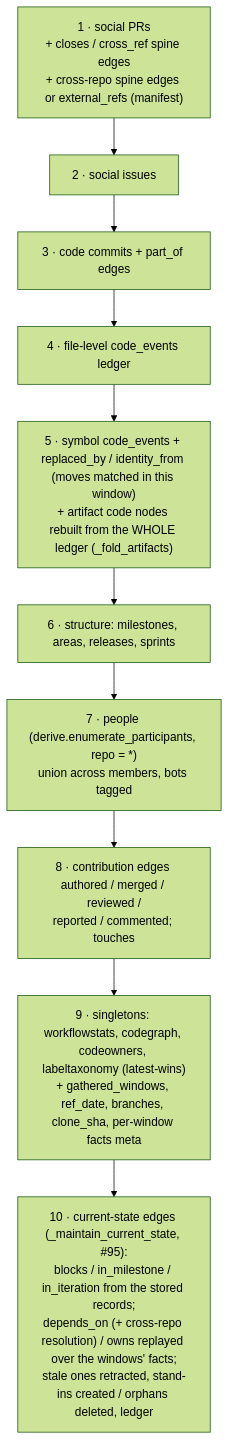
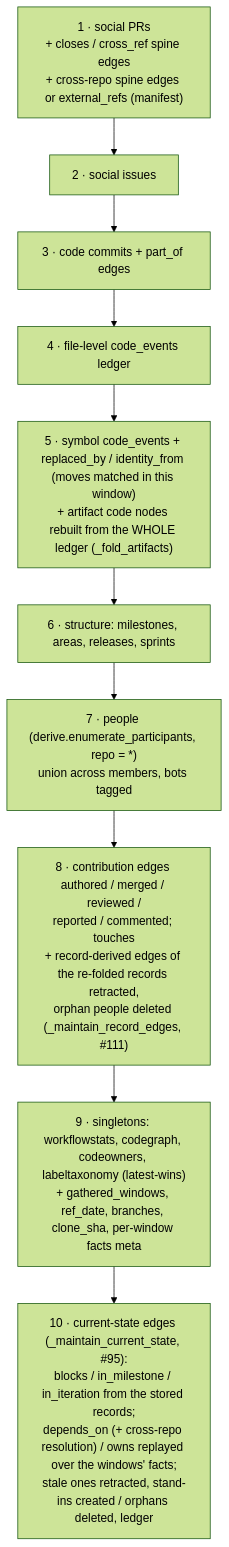
Before and after one commit to DamianFlynn/experiments: the fourth of 12 diagrams in .claude/skills/activity-overview/docs/LLD.md, drawn with Mermaid (forest theme). The commit also changed other lines of this file and 16 other files, not shown here.

First line of the commit message:
activity-overview: record-derived edges follow their record; normalised reader bounds

````diff
--- a/.claude/skills/activity-overview/docs/LLD.md
+++ b/.claude/skills/activity-overview/docs/LLD.md
@@ -539,14 +539,14 @@
 ```mermaid
 flowchart TB
   s1["1 · social PRs<br/>+ closes / cross_ref spine edges<br/>+ cross-repo spine edges or external_refs (manifest)"]
   s2["2 · social issues"]
   s3["3 · code commits + part_of edges"]
   s4["4 · file-level code_events ledger"]
   s5["5 · symbol code_events + replaced_by / identity_from (moves matched in this window)<br/>+ artifact code nodes rebuilt from the WHOLE ledger (_fold_artifacts)"]
   s6["6 · structure: milestones, areas, releases, sprints"]
   s7["7 · people (derive.enumerate_participants, repo = *)<br/>union across members, bots tagged"]
-  s8["8 · contribution edges authored / merged / reviewed /<br/>reported / commented; touches"]
+  s8["8 · contribution edges authored / merged / reviewed /<br/>reported / commented; touches<br/>+ record-derived edges of the re-folded records retracted,<br/>orphan people deleted (_maintain_record_edges, #111)"]
   s9["9 · singletons: workflowstats, codegraph, codeowners, labeltaxonomy (latest-wins)<br/>+ gathered_windows, ref_date, branches, clone_sha, per-window facts meta"]
   s10["10 · current-state edges (_maintain_current_state, #95):<br/>blocks / in_milestone / in_iteration from the stored records;<br/>depends_on (+ cross-repo resolution) / owns replayed over the windows' facts;<br/>stale ones retracted, stand-ins created / orphans deleted, ledger"]
   s1 --> s2 --> s3 --> s4 --> s5 --> s6 --> s7 --> s8 --> s9 --> s10
 ```
````
